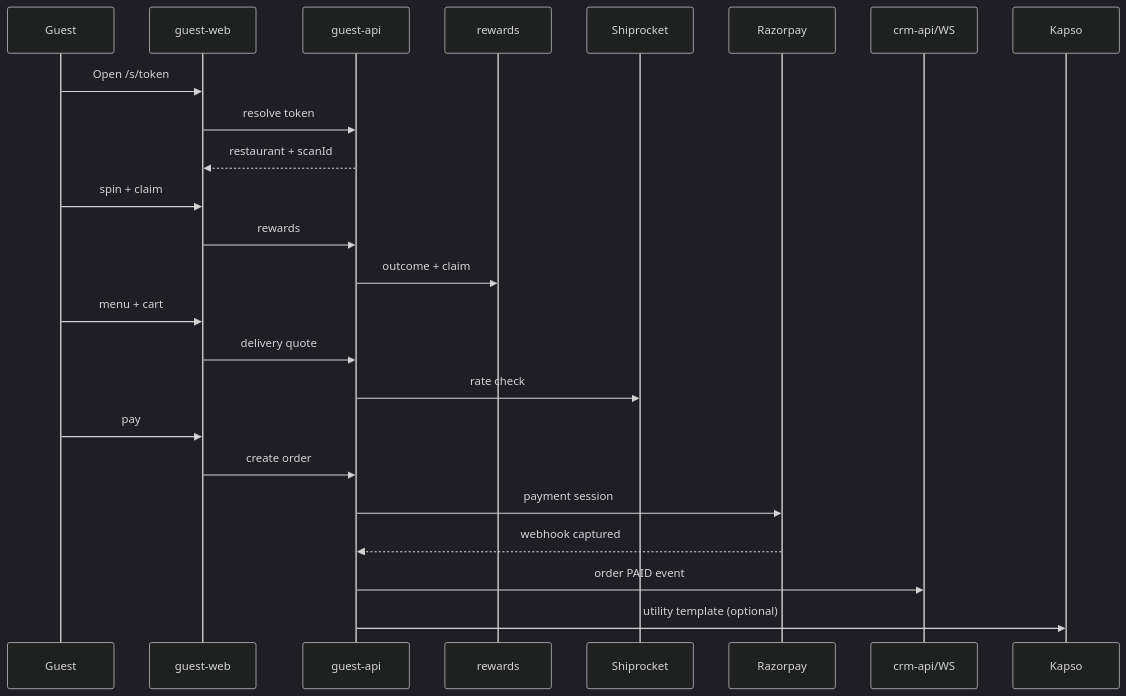
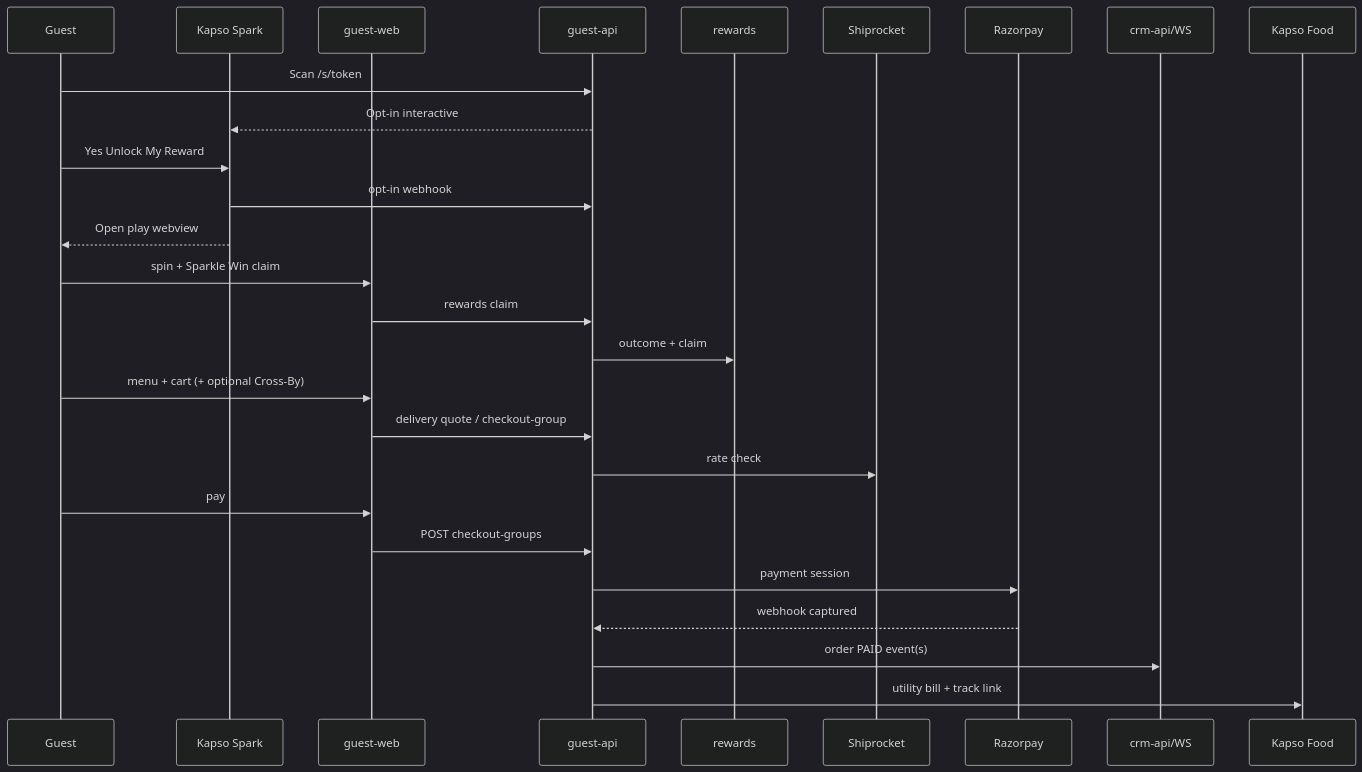
Before and after one commit to Shabrezadilabz/damigos: the first of 5 diagrams in docs/architecture/FLOW-DIAGRAMS.md, drawn with Mermaid (dark theme). The commit also changed other lines of this file and 174 other files, not shown here.

First line of the commit message:
Ship Kapso dual WA, Shiprocket food delivery, wallet Razorpay, and EOD banking settlements.

````diff
--- a/docs/architecture/FLOW-DIAGRAMS.md
+++ b/docs/architecture/FLOW-DIAGRAMS.md
@@ -5,27 +5,30 @@
 ```mermaid
 sequenceDiagram
   participant G as Guest
+  participant Spark as Kapso Spark
   participant GW as guest-web
   participant API as guest-api
   participant R as rewards
   participant SR as Shiprocket
   participant RZ as Razorpay
   participant K as crm-api/WS
-  participant WA as Kapso
+  participant Food as Kapso Food
 
-  G->>GW: Open /s/token
-  GW->>API: resolve token
-  API-->>GW: restaurant + scanId
-  G->>GW: spin + claim
-  GW->>API: rewards
+  G->>API: Scan /s/token
+  API-->>Spark: Opt-in interactive
+  G->>Spark: Yes Unlock My Reward
+  Spark->>API: opt-in webhook
+  Spark-->>G: Open play webview
+  G->>GW: spin + Sparkle Win claim
+  GW->>API: rewards claim
   API->>R: outcome + claim
-  G->>GW: menu + cart
-  GW->>API: delivery quote
+  G->>GW: menu + cart (+ optional Cross-By)
+  GW->>API: delivery quote / checkout-group
   API->>SR: rate check
   G->>GW: pay
-  GW->>API: create order
+  GW->>API: POST checkout-groups
   API->>RZ: payment session
   RZ-->>API: webhook captured
-  API->>K: order PAID event
-  API->>WA: utility template (optional)
+  API->>K: order PAID event(s)
+  API->>Food: utility bill + track link
 ```
````
